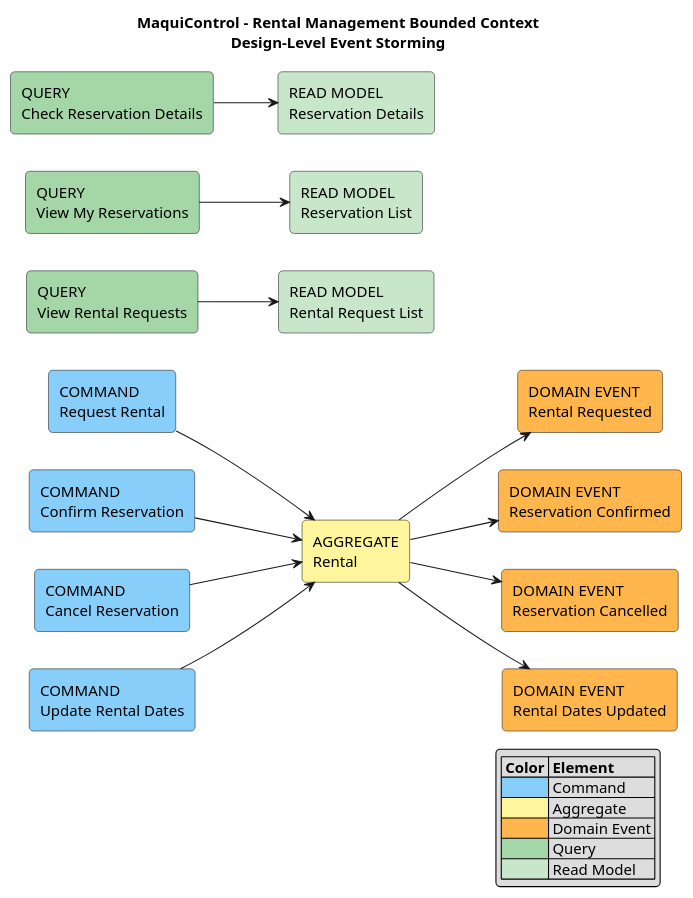
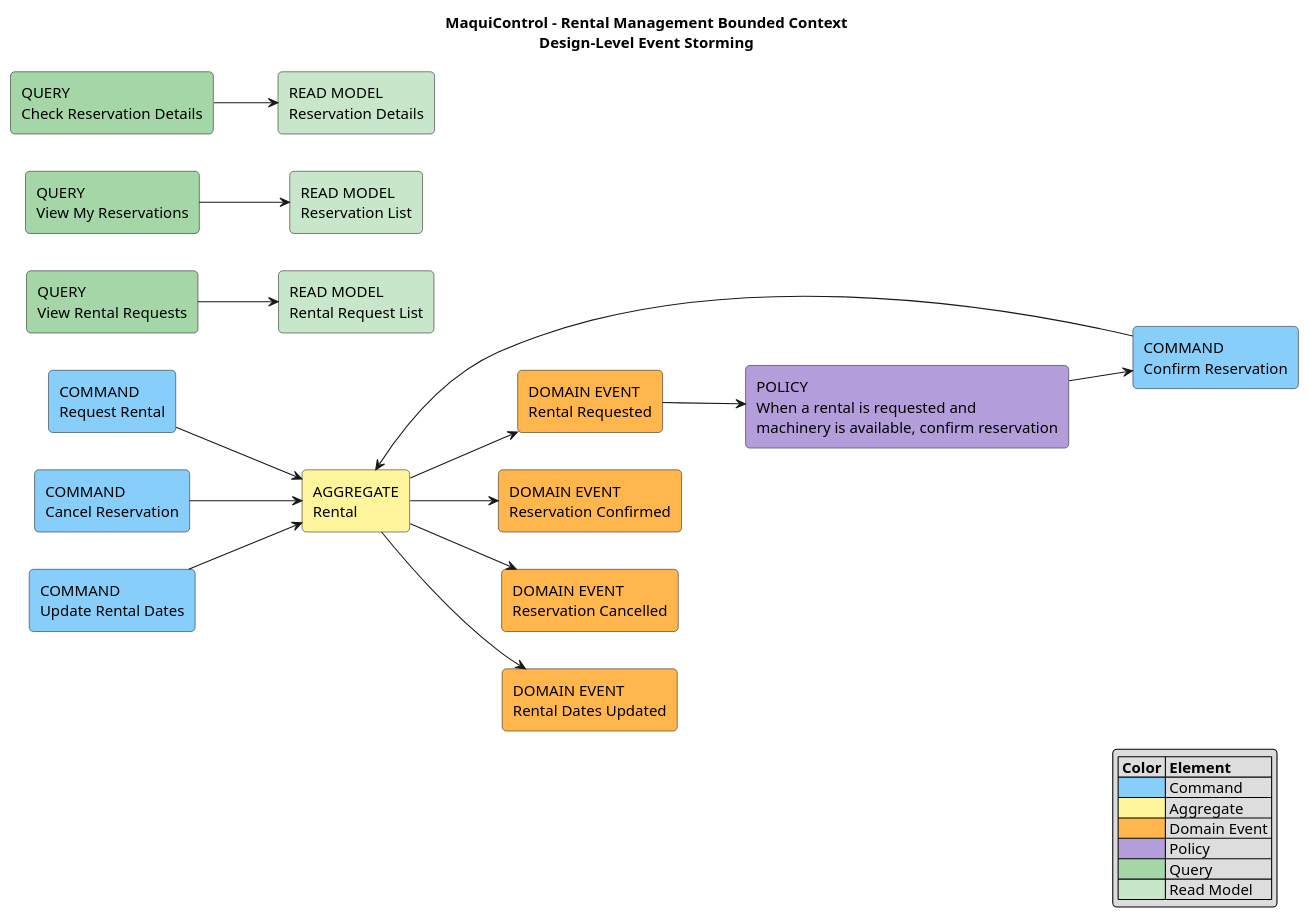
Before and after one commit to AndesHeavyTech/MaquiControl: the diagram in docs/architecture/event-storming/rental-management-design-level.puml, drawn with PlantUML. The commit also changed 14 other files, not shown here.

```diff
--- a/docs/architecture/event-storming/rental-management-design-level.puml
+++ b/docs/architecture/event-storming/rental-management-design-level.puml
@@ -1,67 +1,73 @@
 @startuml
 title MaquiControl - Rental Management Bounded Context\nDesign-Level Event Storming
 
 left to right direction
 skinparam shadowing false
 skinparam roundcorner 8
 skinparam defaultFontName Arial
 
 ' =========================
 ' Styles
 ' =========================
 
 rectangle "COMMAND\nRequest Rental" as CMD_REQUEST #87CEFA
 rectangle "COMMAND\nConfirm Reservation" as CMD_CONFIRM #87CEFA
 rectangle "COMMAND\nCancel Reservation" as CMD_CANCEL #87CEFA
 rectangle "COMMAND\nUpdate Rental Dates" as CMD_UPDATE_DATES #87CEFA
 
 rectangle "AGGREGATE\nRental" as AGG_RENTAL #FFF59D
 
 rectangle "DOMAIN EVENT\nRental Requested" as EVT_REQUESTED #FFB74D
 rectangle "DOMAIN EVENT\nReservation Confirmed" as EVT_CONFIRMED #FFB74D
 rectangle "DOMAIN EVENT\nReservation Cancelled" as EVT_CANCELLED #FFB74D
 rectangle "DOMAIN EVENT\nRental Dates Updated" as EVT_DATES_UPDATED #FFB74D
+
+rectangle "POLICY\nWhen a rental is requested and\nmachinery is available, confirm reservation" as POL_CONFIRM_AVAILABLE #B39DDB
 
 rectangle "QUERY\nView Rental Requests" as QUERY_REQUESTS #A5D6A7
 rectangle "READ MODEL\nRental Request List" as READ_REQUESTS #C8E6C9
 
 rectangle "QUERY\nView My Reservations" as QUERY_RESERVATIONS #A5D6A7
 rectangle "READ MODEL\nReservation List" as READ_RESERVATIONS #C8E6C9
 
 rectangle "QUERY\nCheck Reservation Details" as QUERY_DETAILS #A5D6A7
 rectangle "READ MODEL\nReservation Details" as READ_DETAILS #C8E6C9
 
 ' =========================
 ' Commands -> Aggregate -> Events
 ' =========================
 
 CMD_REQUEST --> AGG_RENTAL
 AGG_RENTAL --> EVT_REQUESTED
 
 CMD_CONFIRM --> AGG_RENTAL
 AGG_RENTAL --> EVT_CONFIRMED
 
 CMD_CANCEL --> AGG_RENTAL
 AGG_RENTAL --> EVT_CANCELLED
 
 CMD_UPDATE_DATES --> AGG_RENTAL
 AGG_RENTAL --> EVT_DATES_UPDATED
 
+EVT_REQUESTED --> POL_CONFIRM_AVAILABLE
+POL_CONFIRM_AVAILABLE --> CMD_CONFIRM
+
 ' =========================
 ' Queries -> Read Models
 ' =========================
 
 QUERY_REQUESTS --> READ_REQUESTS
 QUERY_RESERVATIONS --> READ_RESERVATIONS
 QUERY_DETAILS --> READ_DETAILS
 
 legend right
 |= Color |= Element |
 |<#87CEFA>| Command |
 |<#FFF59D>| Aggregate |
 |<#FFB74D>| Domain Event |
+|<#B39DDB>| Policy |
 |<#A5D6A7>| Query |
 |<#C8E6C9>| Read Model |
 endlegend
 
 @enduml
```
